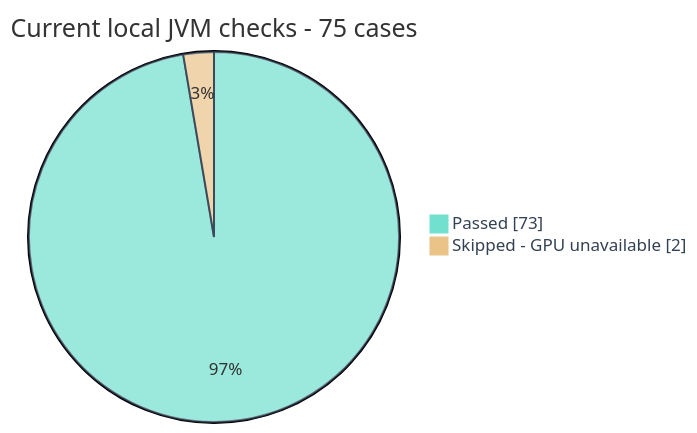
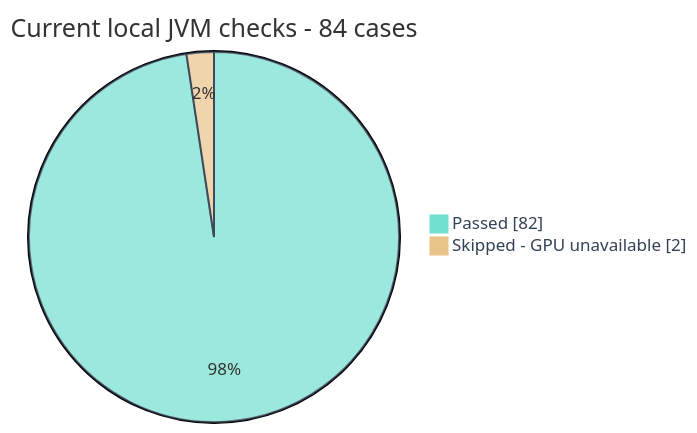
The third of 4 diagrams in README.md (sabbirimon/HyperL), drawn with Mermaid before and after one commit. The commit also changed other lines of this file and 24 other files, not shown here.

````diff
--- a/README.md
+++ b/README.md
@@ -303,7 +329,7 @@
 ```mermaid
 %%{init: {'theme':'base','themeVariables':{'pie1':'#72e0ce','pie2':'#eac388','pieStrokeColor':'#2a394d','pieLegendTextColor':'#334155'}}}%%
 pie showData
-    title Current local JVM checks - 75 cases
-    "Passed" : 73
+    title Current local JVM checks - 84 cases
+    "Passed" : 82
     "Skipped - GPU unavailable" : 2
 ```
````
